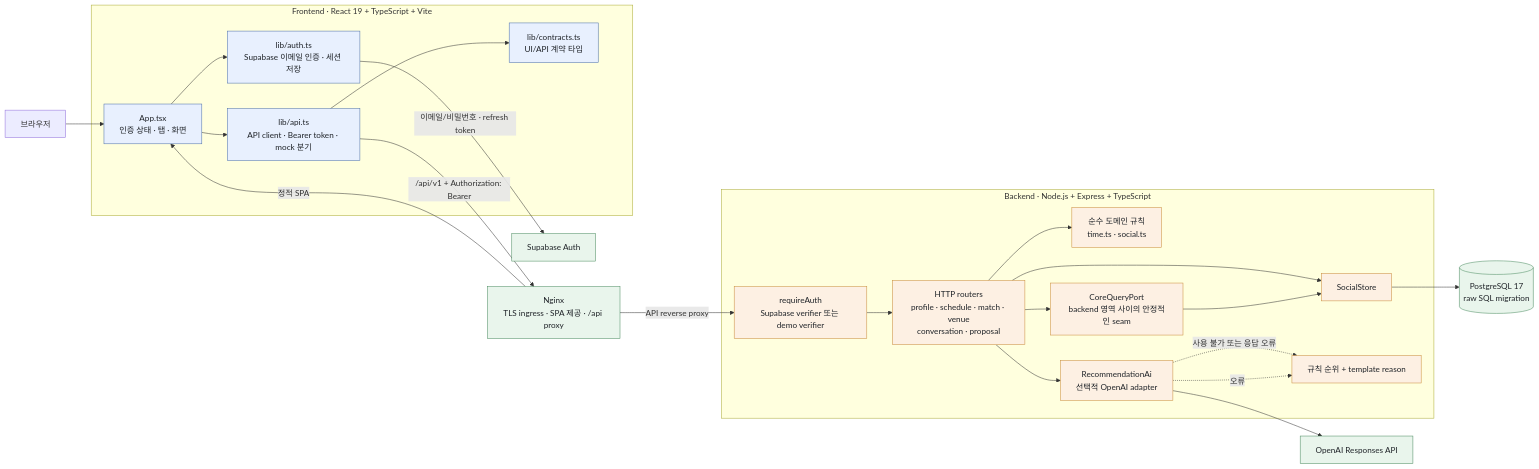
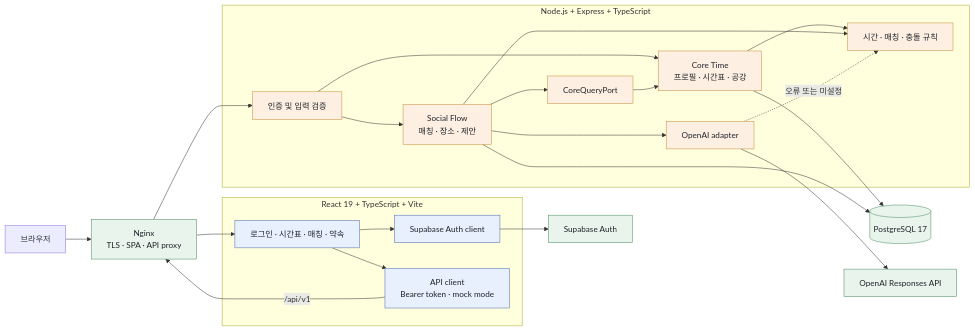
Before and after one commit to han942/ai-ds-projects: the diagram in hackathon/README_KOR.md, drawn with Mermaid. The commit also changed other lines of this file and 1 other file, not shown here.

````diff
--- a/hackathon/README_KOR.md
+++ b/hackathon/README_KOR.md
@@ -42,53 +28,47 @@
 ```mermaid
 flowchart LR
-    Browser[브라우저]
+    Browser[브라우저] --> Edge[Nginx<br/>TLS · SPA · API proxy]
 
-    subgraph Frontend[Frontend · React 19 + TypeScript + Vite]
-        App[App.tsx<br/>인증 상태 · 탭 · 화면]
-        AuthClient[lib/auth.ts<br/>Supabase 이메일 인증 · 세션 저장]
-        ApiClient[lib/api.ts<br/>API client · Bearer token · mock 분기]
-        Contracts[lib/contracts.ts<br/>UI/API 계약 타입]
+    subgraph Frontend[React 19 + TypeScript + Vite]
+        App[로그인 · 시간표 · 매칭 · 약속]
+        AuthClient[Supabase Auth client]
+        ApiClient[API client<br/>Bearer token · mock mode]
         App --> AuthClient
         App --> ApiClient
-        ApiClient --> Contracts
     end
 
-    Edge[Nginx<br/>TLS ingress · SPA 제공 · /api proxy]
-    Supabase[Supabase Auth]
-
-    subgraph Backend[Backend · Node.js + Express + TypeScript]
-        Auth[requireAuth<br/>Supabase verifier 또는 demo verifier]
-        Routers[HTTP routers<br/>profile · schedule · match · venue<br/>conversation · proposal]
-        Domain[순수 도메인 규칙<br/>time.ts · social.ts]
-        Port[CoreQueryPort<br/>backend 영역 사이의 안정적인 seam]
-        Store[SocialStore]
-        AI[RecommendationAi<br/>선택적 OpenAI adapter]
-        Fallback[규칙 순위 + template reason]
-        Auth --> Routers
-        Routers --> Domain
-        Routers --> Port
-        Routers --> Store
-        Routers --> AI
-        AI -. 사용 불가 또는 응답 오류 .-> Fallback
+    subgraph Backend[Node.js + Express + TypeScript]
+        Auth[인증 및 입력 검증]
+        Core[Core Time<br/>프로필 · 시간표 · 공강]
+        Social[Social Flow<br/>매칭 · 장소 · 제안]
+        Port[CoreQueryPort]
+        Rules[시간 · 매칭 · 충돌 규칙]
+        AI[OpenAI adapter]
+        Auth --> Core
+        Auth --> Social
+        Social --> Port --> Core
+        Core --> Rules
+        Social --> Rules
+        Social --> AI
     end
 
-    DB[(PostgreSQL 17<br/>raw SQL migration)]
+    Supabase[Supabase Auth]
+    DB[(PostgreSQL 17)]
     OpenAI[OpenAI Responses API]
 
-    Browser --> App
-    AuthClient -->|이메일/비밀번호 · refresh token| Supabase
-    ApiClient -->|/api/v1 + Authorization: Bearer| Edge
-    Edge -->|정적 SPA| App
-    Edge -->|API reverse proxy| Auth
-    Port --> Store
-    Store --> DB
+    Edge --> App
+    Edge --> Auth
+    ApiClient -->|/api/v1| Edge
+    AuthClient --> Supabase
+    Core --> DB
+    Social --> DB
     AI --> OpenAI
-    AI -. 오류 .-> Fallback
+    AI -. 오류 또는 미설정 .-> Rules
 
     classDef frontend fill:#e8f0fe,stroke:#4a6da7,color:#1f2328
     classDef backend fill:#fdf0e3,stroke:#c98b3a,color:#1f2328
     classDef external fill:#e9f5ec,stroke:#4a8a5f,color:#1f2328
-    class App,AuthClient,ApiClient,Contracts frontend
-    class Auth,Routers,Domain,Port,Store,AI,Fallback backend
-    class Supabase,DB,OpenAI,Edge external
+    class App,AuthClient,ApiClient frontend
+    class Auth,Core,Social,Port,Rules,AI backend
+    class Edge,Supabase,DB,OpenAI external
 ```
````
